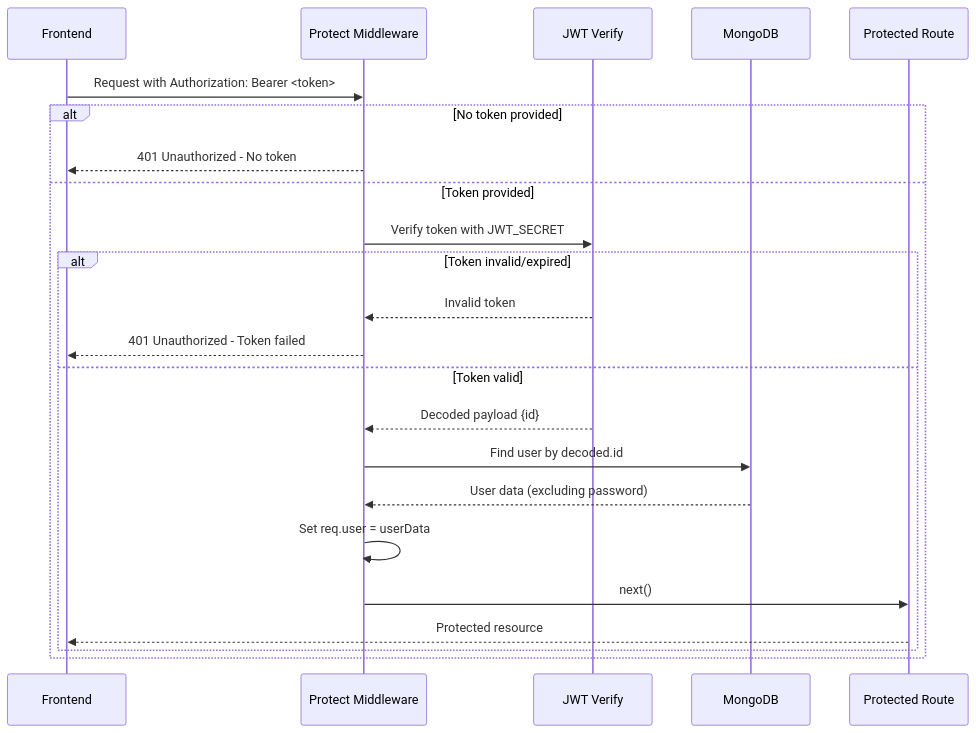
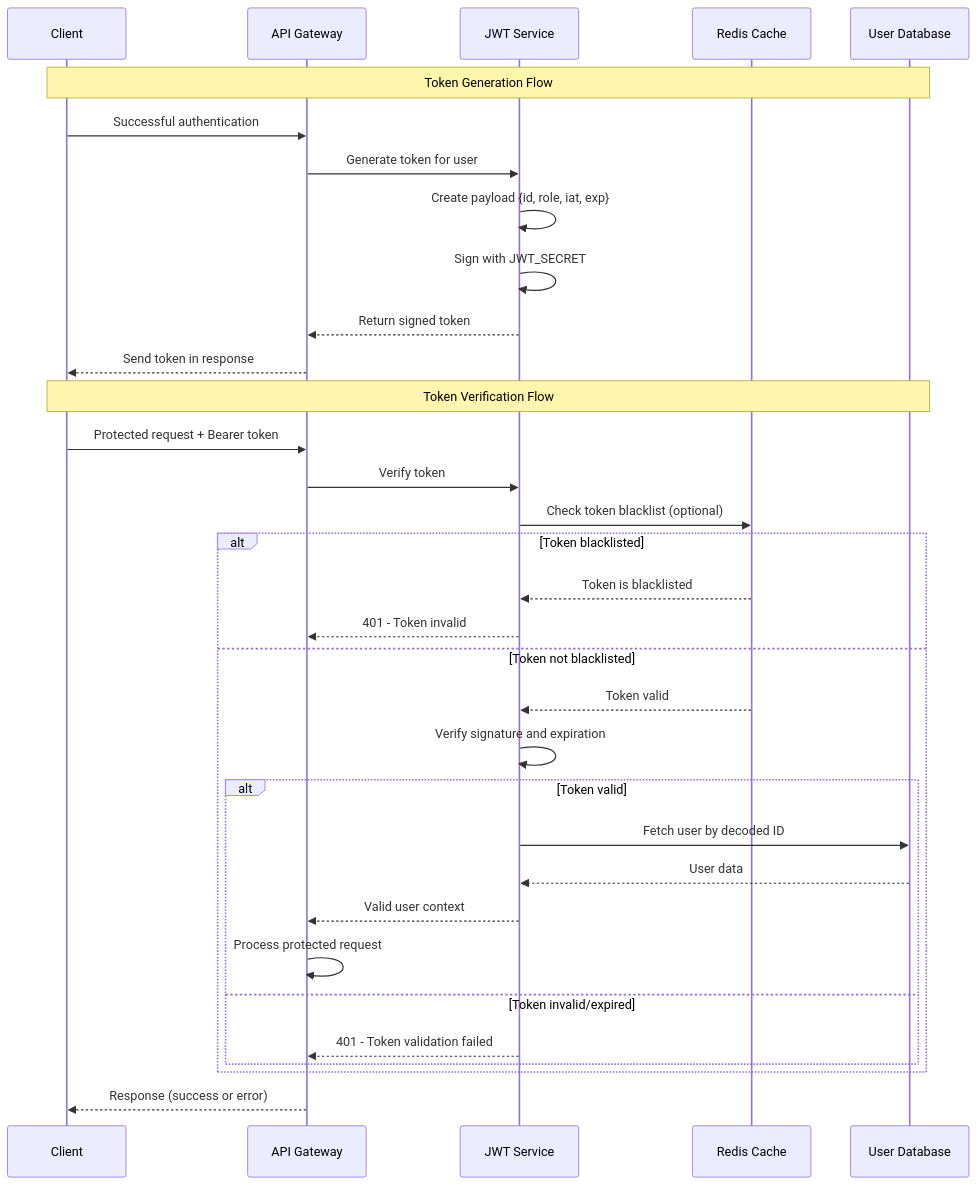
Before and after one commit to abh1hi/aura-shop: the seventh of 11 diagrams in AUTHENTICATION_SYSTEM_DOCS.md, drawn with Mermaid. The commit also changed other lines of this file, not shown here.

Commit message:
Update authentication system documentation with enhanced security features and implementation details

````diff
--- a/AUTHENTICATION_SYSTEM_DOCS.md
+++ b/AUTHENTICATION_SYSTEM_DOCS.md
@@ -189,28 +587,40 @@
 ```mermaid
 sequenceDiagram
-    participant Client as Frontend
-    participant MW as Protect Middleware
-    participant JWT as JWT Verify
-    participant DB as MongoDB
-    participant Route as Protected Route
+    participant Client
+    participant API as API Gateway
+    participant JWT as JWT Service
+    participant Cache as Redis Cache
+    participant DB as User Database
     
-    Client->>MW: Request with Authorization: Bearer <token>
+    Note over Client,DB: Token Generation Flow
+    Client->>API: Successful authentication
+    API->>JWT: Generate token for user
+    JWT->>JWT: Create payload {id, role, iat, exp}
+    JWT->>JWT: Sign with JWT_SECRET
+    JWT-->>API: Return signed token
+    API-->>Client: Send token in response
     
-    alt No token provided
-        MW-->>Client: 401 Unauthorized - No token
-    else Token provided
-        MW->>JWT: Verify token with JWT_SECRET
+    Note over Client,DB: Token Verification Flow
+    Client->>API: Protected request + Bearer token
+    API->>JWT: Verify token
+    JWT->>Cache: Check token blacklist (optional)
+    
+    alt Token blacklisted
+        Cache-->>JWT: Token is blacklisted
+        JWT-->>API: 401 - Token invalid
+    else Token not blacklisted
+        Cache-->>JWT: Token valid
+        JWT->>JWT: Verify signature and expiration
         
-        alt Token invalid/expired
-            JWT-->>MW: Invalid token
-            MW-->>Client: 401 Unauthorized - Token failed
-        else Token valid
-            JWT-->>MW: Decoded payload {id}
-            MW->>DB: Find user by decoded.id
-            DB-->>MW: User data (excluding password)
-            MW->>MW: Set req.user = userData
-            MW->>Route: next()
-            Route-->>Client: Protected resource
+        alt Token valid
+            JWT->>DB: Fetch user by decoded ID
+            DB-->>JWT: User data
+            JWT-->>API: Valid user context
+            API->>API: Process protected request
+        else Token invalid/expired
+            JWT-->>API: 401 - Token validation failed
         end
     end
+    
+    API-->>Client: Response (success or error)
 ```
````
